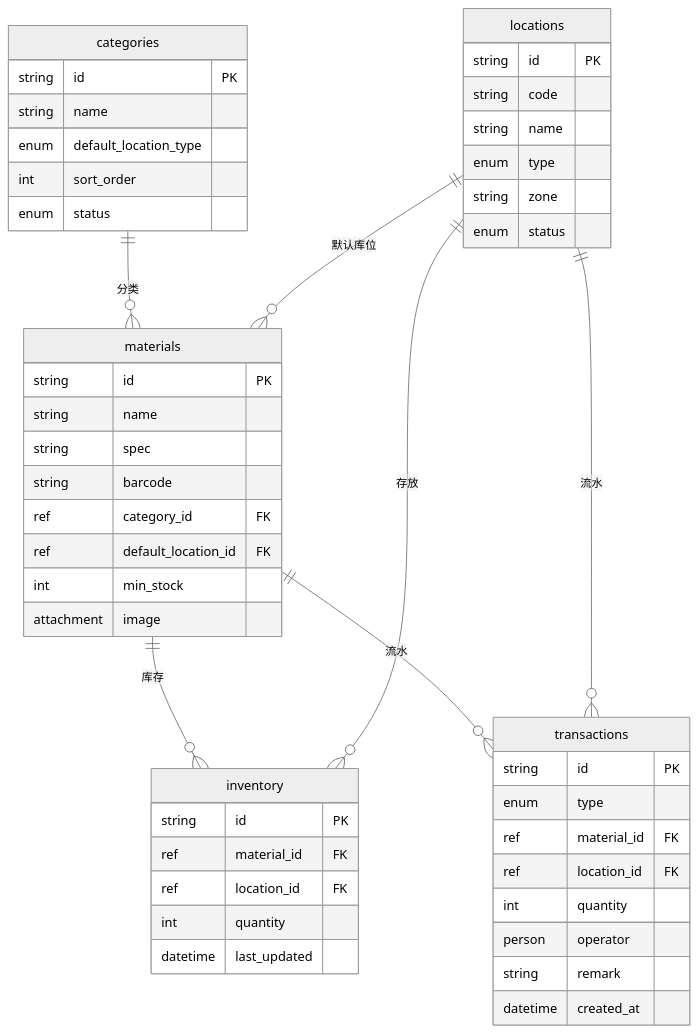
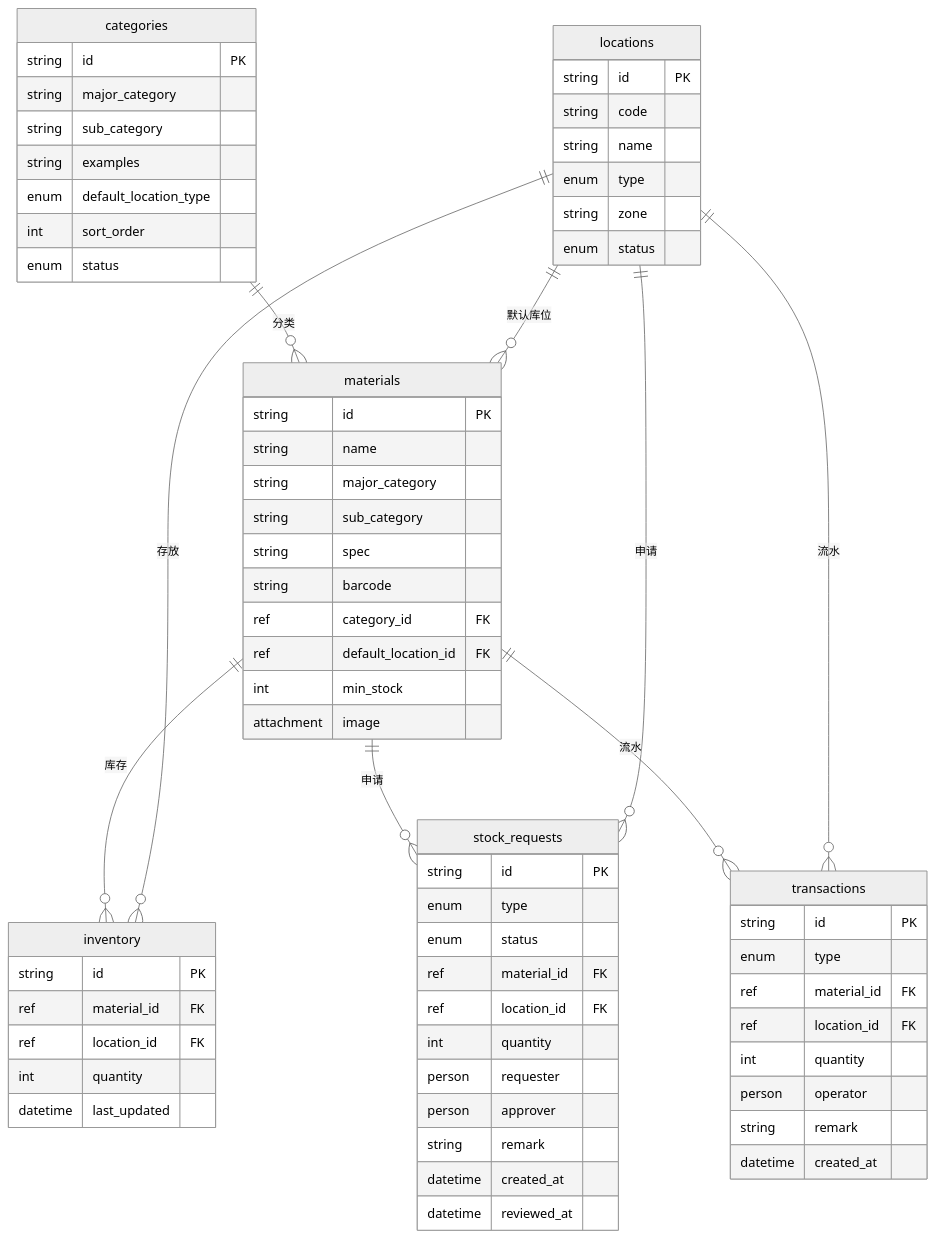
Before and after one commit to algo-boost/stock-flow: the fifth of 13 diagrams in docs/架构设计文档.md, drawn with Mermaid (neutral theme). The commit also changed other lines of this file and 62 other files, not shown here.

````diff
--- a/docs/架构设计文档.md
+++ b/docs/架构设计文档.md
@@ -318,56 +333,76 @@
 ```mermaid
 erDiagram
     categories ||--o{ materials : "分类"
     locations ||--o{ materials : "默认库位"
     materials ||--o{ inventory : "库存"
     locations ||--o{ inventory : "存放"
+    materials ||--o{ stock_requests : "申请"
+    locations ||--o{ stock_requests : "申请"
     materials ||--o{ transactions : "流水"
     locations ||--o{ transactions : "流水"
 
     categories {
         string id PK
-        string name
+        string major_category
+        string sub_category
+        string examples
         enum default_location_type
         int sort_order
         enum status
     }
 
     locations {
         string id PK
         string code
         string name
         enum type
         string zone
         enum status
     }
 
     materials {
         string id PK
         string name
+        string major_category
+        string sub_category
         string spec
         string barcode
         ref category_id FK
         ref default_location_id FK
         int min_stock
         attachment image
     }
 
     inventory {
         string id PK
         ref material_id FK
         ref location_id FK
         int quantity
         datetime last_updated
     }
 
     transactions {
         string id PK
         enum type
         ref material_id FK
         ref location_id FK
         int quantity
         person operator
         string remark
         datetime created_at
     }
+
+    stock_requests {
+        string id PK
+        enum type
+        enum status
+        ref material_id FK
+        ref location_id FK
+        int quantity
+        person requester
+        person approver
+        string remark
+        datetime created_at
+        datetime reviewed_at
+    }
 ```
````
